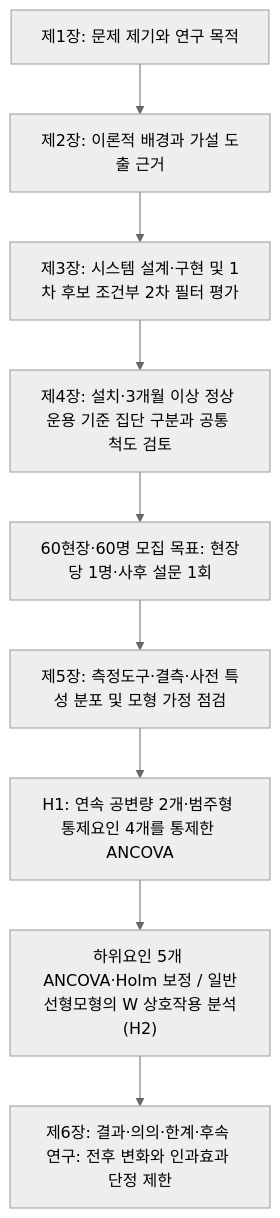
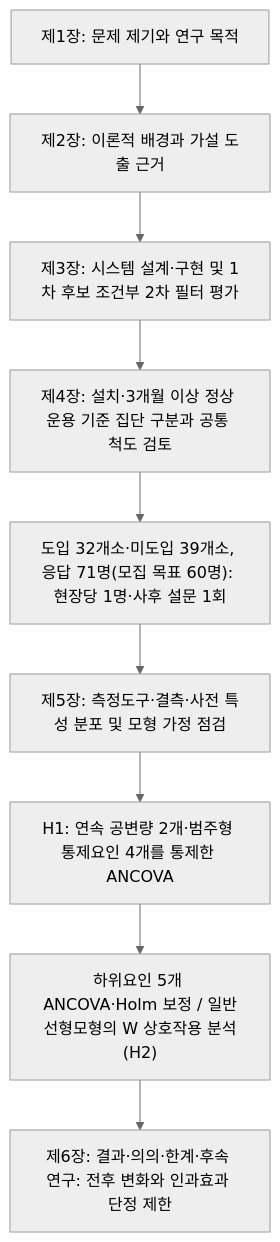
One commit to yoonhyuk12/ggthesis changed the diagram in 01.docs/01_서론.md. Above: the diagram before and after it, drawn with Mermaid (neutral theme). The commit also changed other lines of this file and 28 other files, not shown here.

````diff
--- a/01.docs/01_서론.md
+++ b/01.docs/01_서론.md
@@ -76,11 +76,11 @@
 ```mermaid
 flowchart TD
   A1["제1장: 문제 제기와 연구 목적"] --> A2["제2장: 이론적 배경과 가설 도출 근거"]
   A2 --> B["제3장: 시스템 설계·구현 및 1차 후보 조건부 2차 필터 평가"]
   B --> C["제4장: 설치·3개월 이상 정상 운용 기준 집단 구분과 공통 척도 검토"]
-  C --> D["60현장·60명 모집 목표: 현장당 1명·사후 설문 1회"]
+  C --> D["도입 32개소·미도입 39개소, 응답 71명(모집 목표 60명): 현장당 1명·사후 설문 1회"]
   D --> E["제5장: 측정도구·결측·사전 특성 분포 및 모형 가정 점검"]
   E --> F["H1: 연속 공변량 2개·범주형 통제요인 4개를 통제한 ANCOVA"]
   F --> G["하위요인 5개 ANCOVA·Holm 보정 / 일반선형모형의 W 상호작용 분석(H2)"]
   G --> H["제6장: 결과·의의·한계·후속 연구: 전후 변화와 인과효과 단정 제한"]
 ```
````
